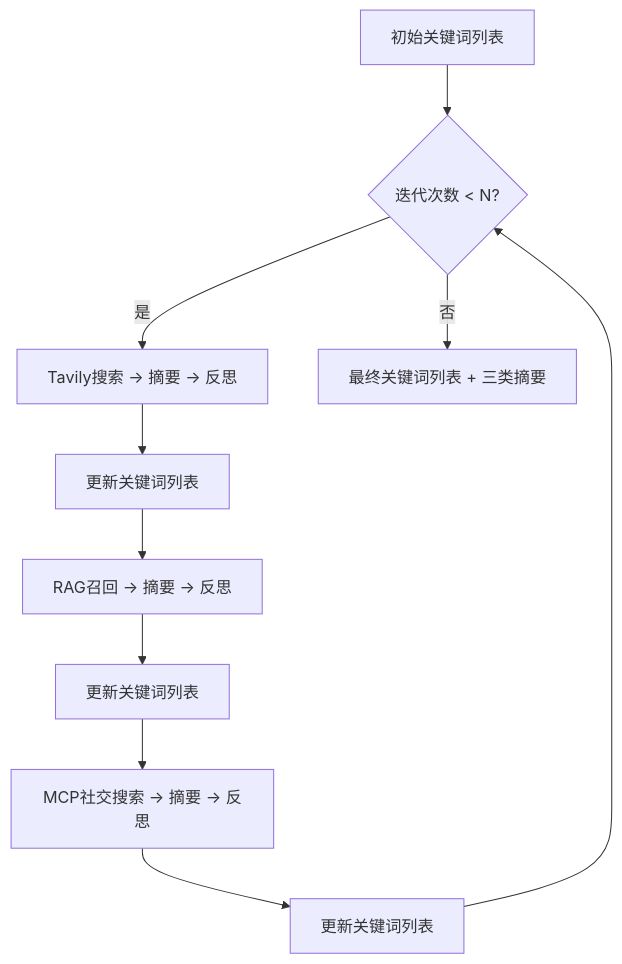
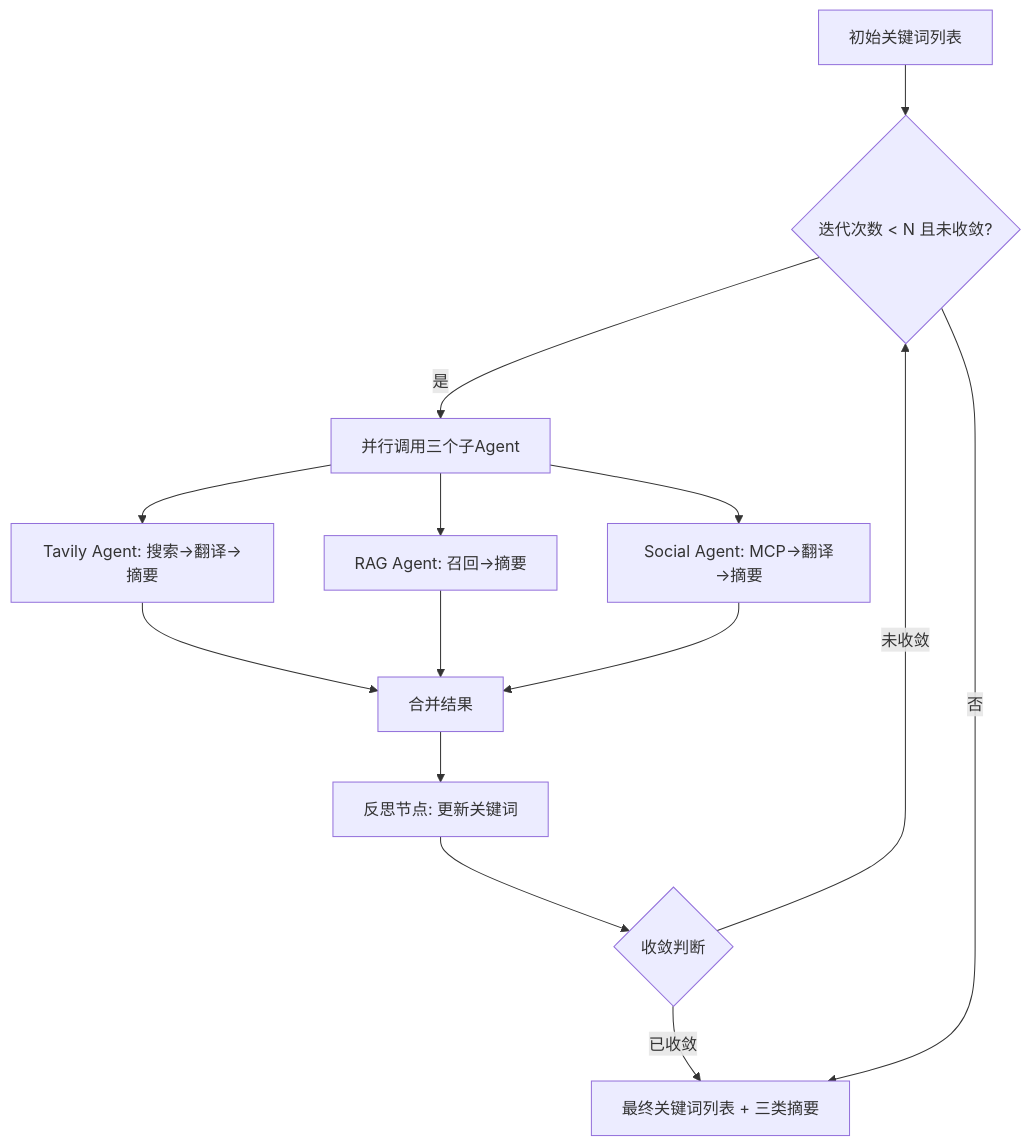
The sixth of 9 diagrams in docs/implementation_plan.md (stark-456/PulseGlobe), drawn with Mermaid before and after one commit. The commit also changed other lines of this file and 14 other files, not shown here.

````diff
--- a/docs/implementation_plan.md
+++ b/docs/implementation_plan.md
@@ -119,12 +145,14 @@
 ```mermaid
 graph TD
-    Start[初始关键词列表] --> Loop{迭代次数 < N?}
-    Loop -->|是| S1[Tavily搜索 → 摘要 → 反思]
-    S1 --> Update1[更新关键词列表]
-    Update1 --> S2[RAG召回 → 摘要 → 反思]
-    S2 --> Update2[更新关键词列表]
-    Update2 --> S3[MCP社交搜索 → 摘要 → 反思]
-    S3 --> Update3[更新关键词列表]
-    Update3 --> Loop
-    Loop -->|否| Output[最终关键词列表 + 三类摘要]
+    Start[初始关键词列表] --> Loop{迭代次数 < N 且未收敛?}
+    Loop -->|是| Parallel[并行调用三个子Agent]
+    Parallel --> S1[Tavily Agent: 搜索→翻译→摘要]
+    Parallel --> S2[RAG Agent: 召回→摘要]
+    Parallel --> S3[Social Agent: MCP→翻译→摘要]
+    S1 & S2 & S3 --> Merge[合并结果]
+    Merge --> Reflect[反思节点: 更新关键词]
+    Reflect --> Converge{收敛判断}
+    Converge -->|未收敛| Loop
+    Converge -->|已收敛| Output[最终关键词列表 + 三类摘要]
+    Loop -->|否| Output
 ```
````
